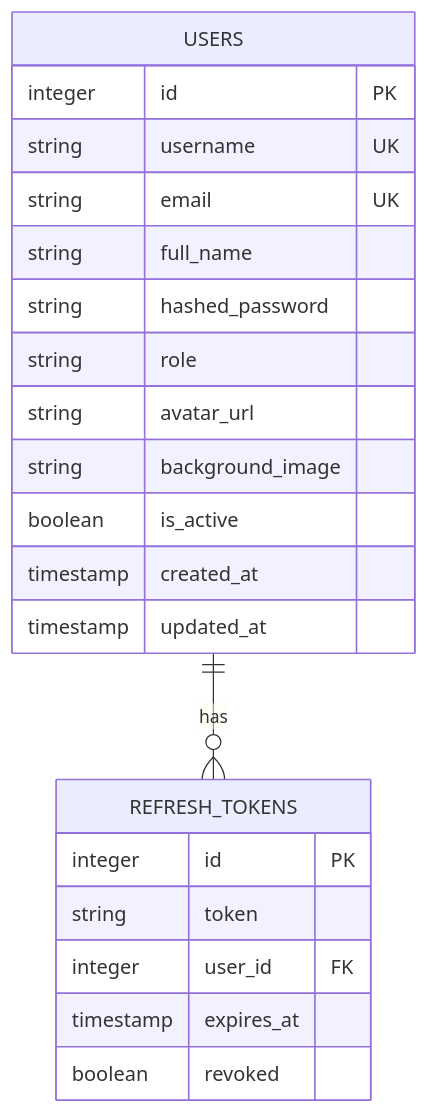
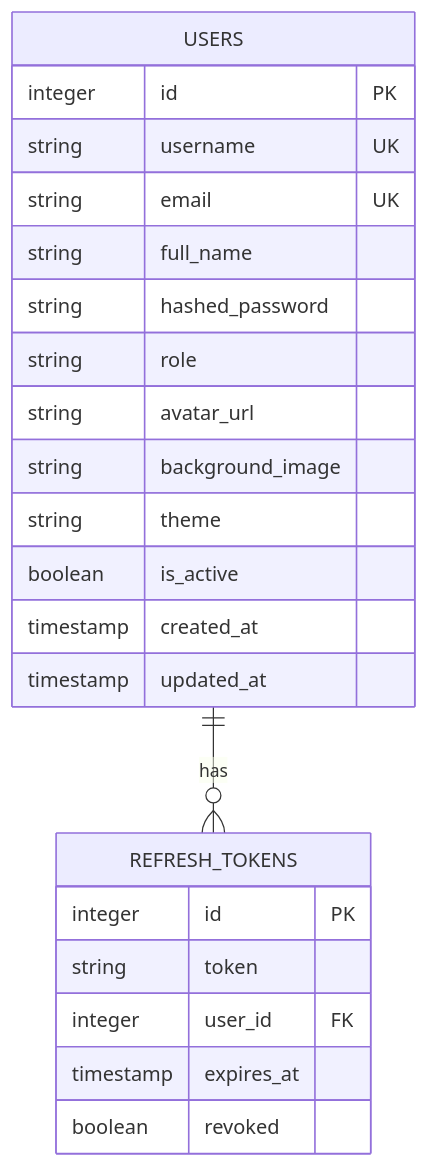
Before and after one commit to Nikita5543/New-SSO-02: the second of 13 diagrams in .qoder/repowiki/en/content/Per-User Background Image System.md, drawn with Mermaid. The commit also changed other lines of this file and 3 other files, not shown here.

````diff
--- a/.qoder/repowiki/en/content/Per-User Background Image System.md
+++ b/.qoder/repowiki/en/content/Per-User Background Image System.md
@@ -109,24 +117,25 @@
 ```mermaid
 erDiagram
 USERS {
 integer id PK
 string username UK
 string email UK
 string full_name
 string hashed_password
 string role
 string avatar_url
 string background_image
+string theme
 boolean is_active
 timestamp created_at
 timestamp updated_at
 }
 REFRESH_TOKENS {
 integer id PK
 string token
 integer user_id FK
 timestamp expires_at
 boolean revoked
 }
 USERS ||--o{ REFRESH_TOKENS : has
 ```
````
